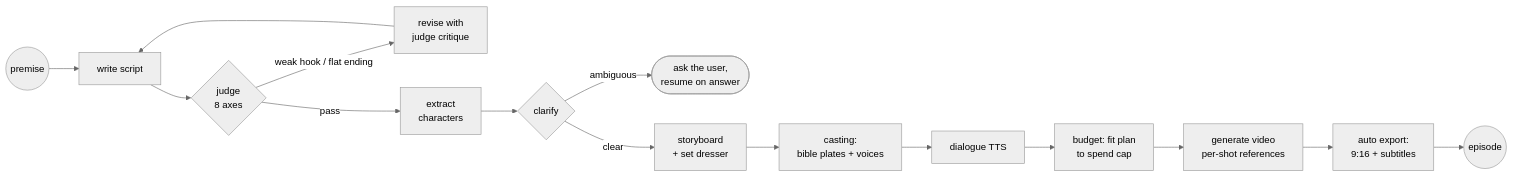
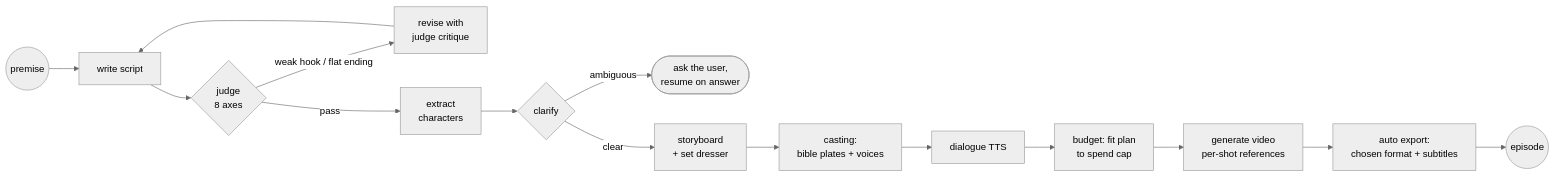
The first of 3 diagrams in README.md (RextonRZ/Rexgent), drawn with Mermaid (neutral theme) before and after one commit. The commit also changed other lines of this file and 13 other files, not shown here.

````diff
--- a/README.md
+++ b/README.md
@@ -30,17 +31,17 @@
 ```mermaid
 flowchart LR
     START((premise)) --> W[write script]
     W --> J{judge<br/>8 axes}
     J -- "weak hook / flat ending" --> R[revise with<br/>judge critique]
     R --> W
     J -- pass --> X[extract<br/>characters]
     X --> C{clarify}
     C -- "ambiguous" --> PAUSE([ask the user,<br/>resume on answer])
     C -- clear --> SB[storyboard<br/>+ set dresser]
     SB --> CAST[casting:<br/>bible plates + voices]
     CAST --> AUD[dialogue TTS]
     AUD --> B[budget: fit plan<br/>to spend cap]
     B --> V[generate video<br/>per-shot references]
-    V --> E[auto export:<br/>9:16 + subtitles]
+    V --> E[auto export:<br/>chosen format + subtitles]
     E --> DONE((episode))
 ```
````
